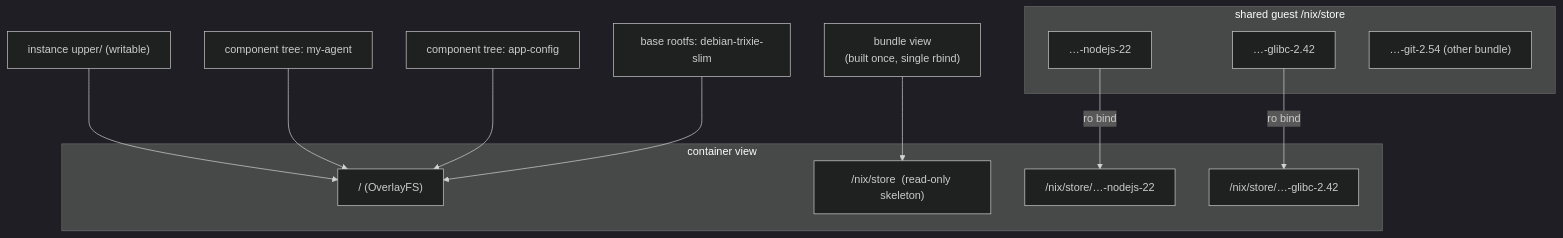
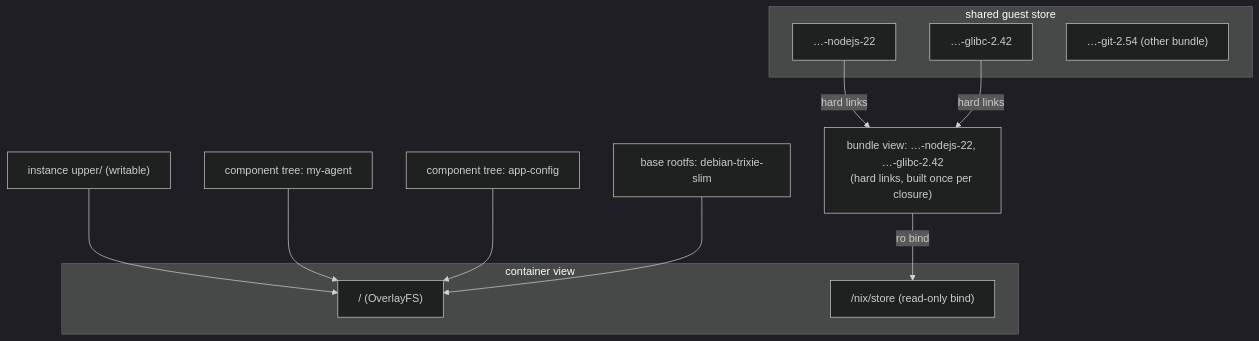
Before and after one commit to AkaraChen/open-agent-runtime: the sixth of 9 diagrams in docs/architecture.md, drawn with Mermaid (dark theme). The commit also changed other lines of this file and 5 other files, not shown here.

First line of the commit message:
Step 5: closure store views as hard-link trees (fixes #2 root cause)

````diff
--- a/docs/architecture.md
+++ b/docs/architecture.md
@@ -196,21 +196,19 @@
 ```mermaid
 flowchart TB
     subgraph View["container view"]
         ROOT["/  (OverlayFS)"]
-        NS["/nix/store  (read-only skeleton)"]
-        P1["/nix/store/…-nodejs-22"]
-        P2["/nix/store/…-glibc-2.42"]
+        NS["/nix/store  (read-only bind)"]
     end
     UP["instance upper/ (writable)"] --> ROOT
     C1["component tree: my-agent"] --> ROOT
     C2["component tree: app-config"] --> ROOT
     BASE["base rootfs: debian-trixie-slim"] --> ROOT
-    SK["bundle view<br/>(built once, single rbind)"] --> NS
-    subgraph Shared["shared guest /nix/store"]
+    SK["bundle view: …-nodejs-22, …-glibc-2.42<br/>(hard links, built once per closure)"] -- "ro bind" --> NS
+    subgraph Shared["shared guest store"]
         S1["…-nodejs-22"]
         S2["…-glibc-2.42"]
         S3["…-git-2.54  (other bundle)"]
     end
-    S1 -- "ro bind" --> P1
-    S2 -- "ro bind" --> P2
+    S1 -- "hard links" --> SK
+    S2 -- "hard links" --> SK
 ```
````
